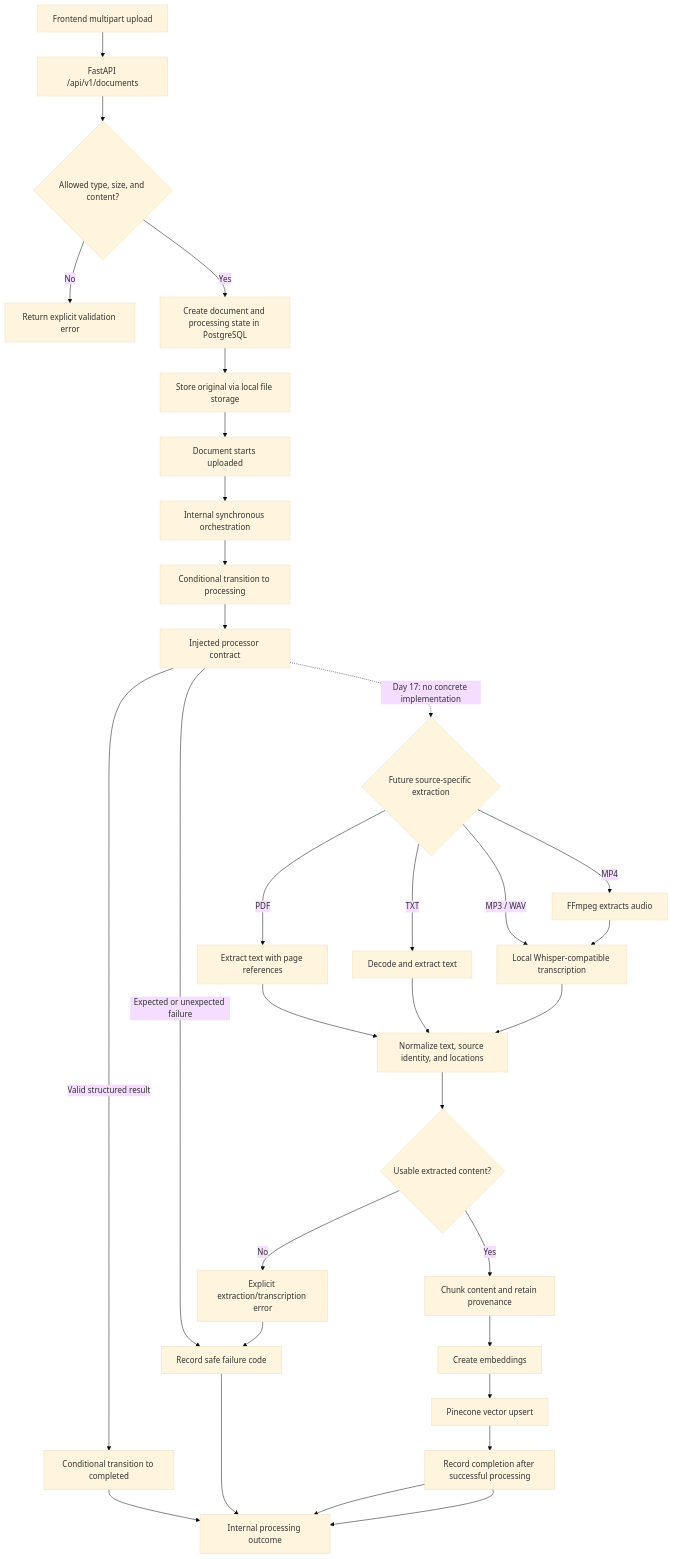
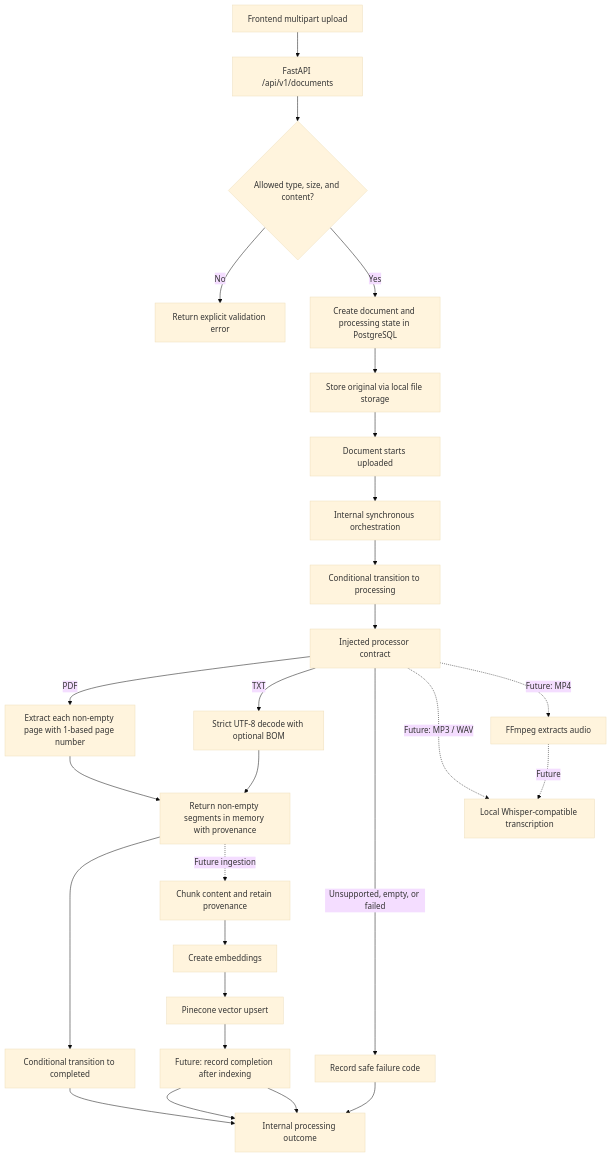
One commit to Vicky7632/cognify-ai changed the first of 2 diagrams in docs/DATA_FLOW.md. Above: the diagram before and after it, drawn with Mermaid (base theme). The commit also changed other lines of this file and 7 other files, not shown here.

Commit message:
feat: add local PDF and TXT extraction

````diff
--- a/docs/DATA_FLOW.md
+++ b/docs/DATA_FLOW.md
@@ -7,34 +7,29 @@
 ```mermaid
 flowchart TD
     Upload[Frontend multipart upload] --> API[FastAPI /api/v1/documents]
     API --> Validate{Allowed type, size, and content?}
     Validate -->|No| Reject[Return explicit validation error]
     Validate -->|Yes| Create[Create document and processing state in PostgreSQL]
     Create --> File[Store original via local file storage]
     File --> State[Document starts uploaded]
     State --> Orchestrator[Internal synchronous orchestration]
     Orchestrator --> Claim[Conditional transition to processing]
     Claim --> Processor[Injected processor contract]
-    Processor -->|Valid structured result| InternalComplete[Conditional transition to completed]
-    Processor -->|Expected or unexpected failure| InternalFailed[Record safe failure code]
-    Processor -. Day 17: no concrete implementation .-> Route{Future source-specific extraction}
-    Route -->|PDF| PDF[Extract text with page references]
-    Route -->|TXT| TXT[Decode and extract text]
-    Route -->|MP3 / WAV| Audio[Local Whisper-compatible transcription]
-    Route -->|MP4| ExtractAudio[FFmpeg extracts audio]
-    ExtractAudio --> Audio
-    PDF --> Normalize[Normalize text, source identity, and locations]
+    Processor -->|PDF| PDF[Extract each non-empty page with 1-based page number]
+    Processor -->|TXT| TXT[Strict UTF-8 decode with optional BOM]
+    Processor -->|Unsupported, empty, or failed| InternalFailed[Record safe failure code]
+    PDF --> Normalize[Return non-empty segments in memory with provenance]
     TXT --> Normalize
-    Audio --> Normalize
-    Normalize --> Nonempty{Usable extracted content?}
-    Nonempty -->|No| ExtractionFailure[Explicit extraction/transcription error]
-    Nonempty -->|Yes| Chunk[Chunk content and retain provenance]
+    Normalize --> InternalComplete[Conditional transition to completed]
+    Processor -. Future: MP3 / WAV .-> Audio[Local Whisper-compatible transcription]
+    Processor -. Future: MP4 .-> ExtractAudio[FFmpeg extracts audio]
+    ExtractAudio -. Future .-> Audio
+    Normalize -. Future ingestion .-> Chunk[Chunk content and retain provenance]
     Chunk --> Embed[Create embeddings]
     Embed --> Persist[Pinecone vector upsert]
-    Persist --> CompletedWithIndex[Record completion after successful processing]
-    CompletedWithIndex --> Result[Return ingestion status and source identifier]
-    ExtractionFailure --> InternalFailed
+    Persist --> CompletedWithIndex[Future: record completion after indexing]
+    CompletedWithIndex --> Result[Future ingestion status and source identifier]
     InternalComplete --> Result[Internal processing outcome]
     InternalFailed --> Result
     CompletedWithIndex --> Result
 ```
````
